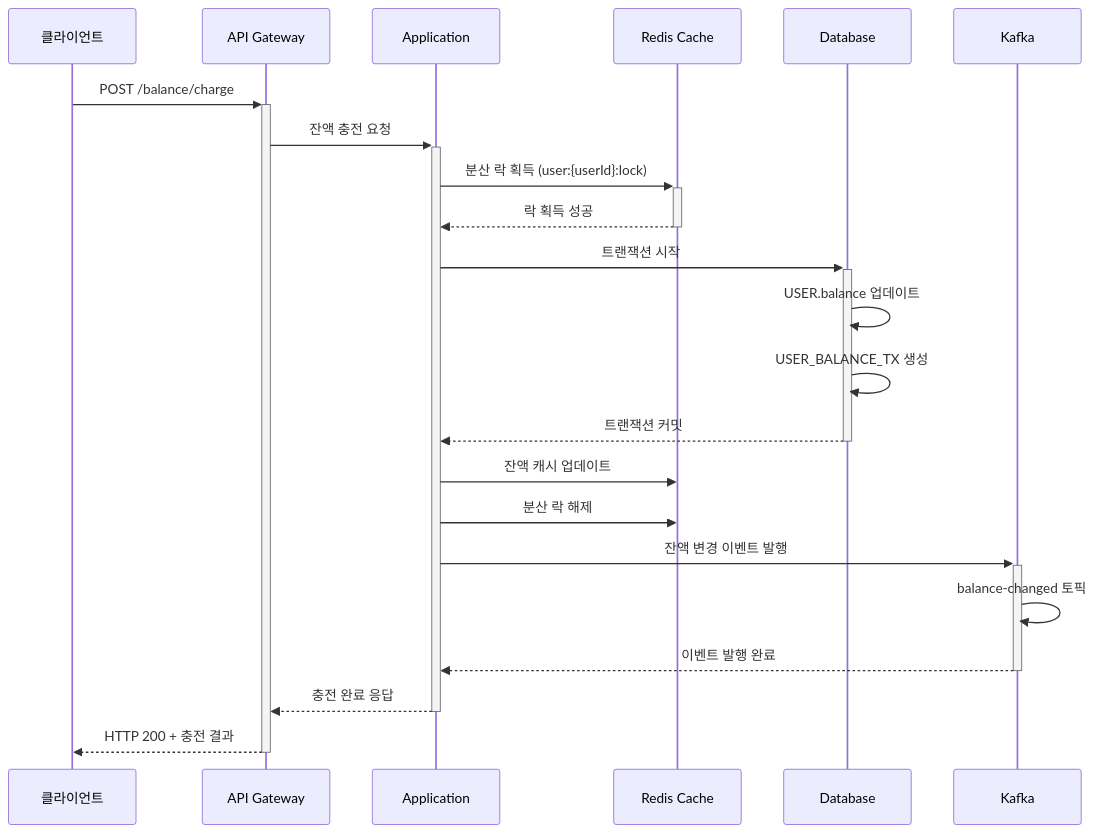
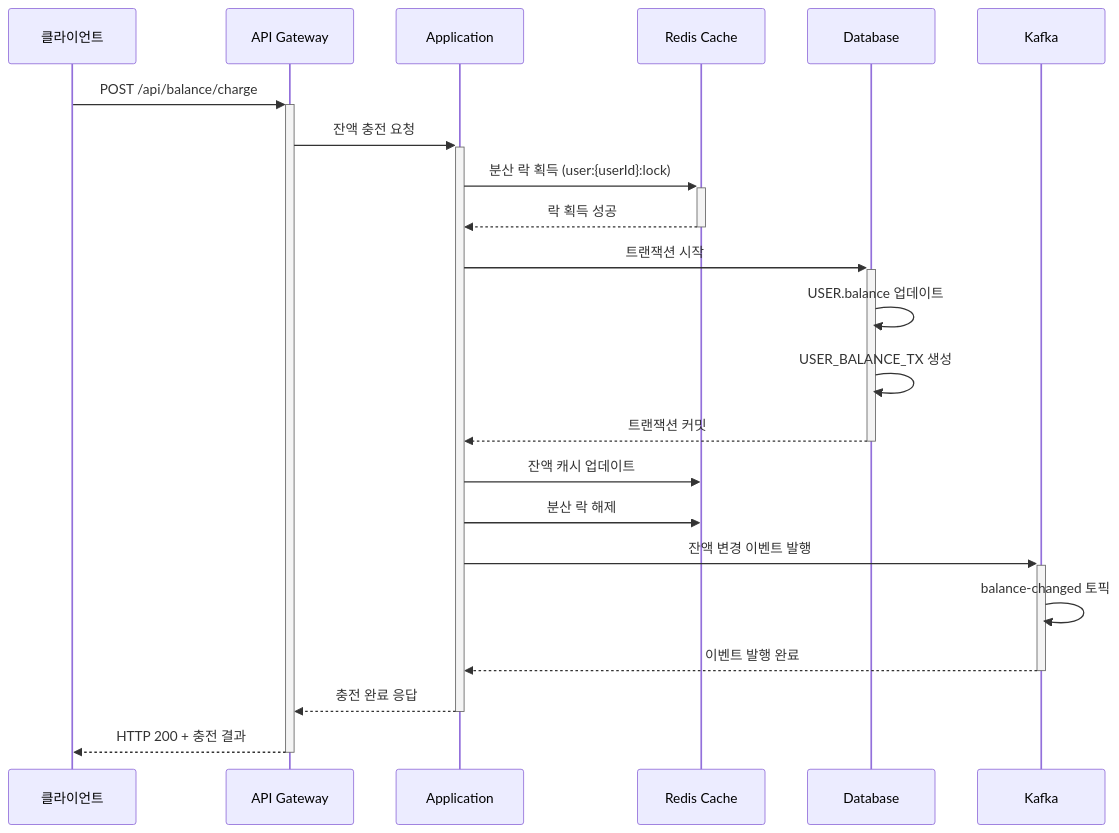
Before and after one commit to yuni02/hhplus-ecommerce: the second of 7 diagrams in docs/sequence_diagram.md, drawn with Mermaid. The commit also changed other lines of this file and 2 other files, not shown here.

````diff
--- a/docs/sequence_diagram.md
+++ b/docs/sequence_diagram.md
@@ -24,30 +24,30 @@
 ```mermaid
 sequenceDiagram
     participant Client as 클라이언트
     participant API as API Gateway
     participant App as Application
     participant Redis as Redis Cache
     participant DB as Database
     participant Kafka as Kafka
 
-    Client->>+API: POST /balance/charge
+    Client->>+API: POST /api/balance/charge
     API->>+App: 잔액 충전 요청
     
     App->>+Redis: 분산 락 획득 (user:{userId}:lock)
     Redis-->>-App: 락 획득 성공
     
     App->>+DB: 트랜잭션 시작
     DB->>DB: USER.balance 업데이트
     DB->>DB: USER_BALANCE_TX 생성
     DB-->>-App: 트랜잭션 커밋
     
     App->>Redis: 잔액 캐시 업데이트
     App->>Redis: 분산 락 해제
     
     App->>+Kafka: 잔액 변경 이벤트 발행
     Kafka->>Kafka: balance-changed 토픽
     Kafka-->>-App: 이벤트 발행 완료
     
     App-->>-API: 충전 완료 응답
     API-->>-Client: HTTP 200 + 충전 결과
 ```
````
